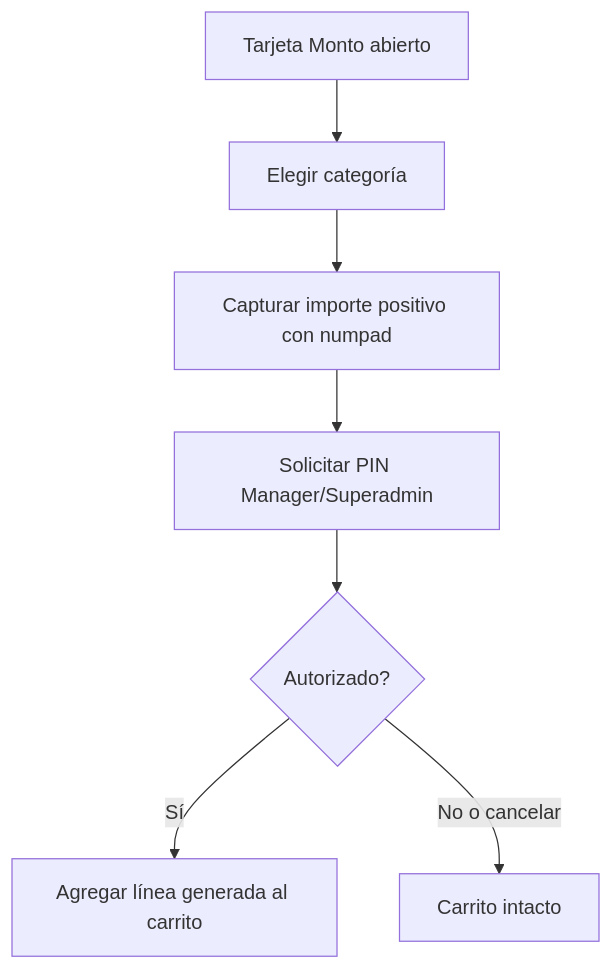
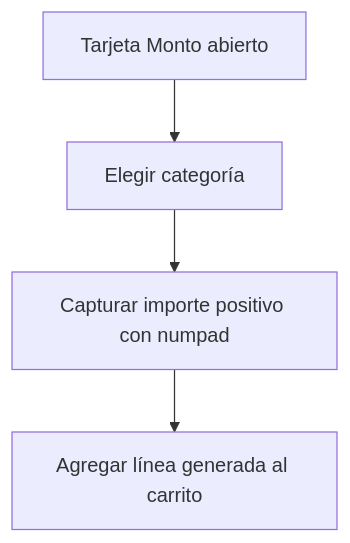
The fifth of 5 diagrams in mobile/pos/docs/workflows/02-venta-y-pagos.md (alexistrejo11/pimienta-alimentos), drawn with Mermaid before and after one commit. The commit also changed other lines of this file and 73 other files, not shown here.

````diff
--- a/mobile/pos/docs/workflows/02-venta-y-pagos.md
+++ b/mobile/pos/docs/workflows/02-venta-y-pagos.md
@@ -136,9 +136,6 @@
 ```mermaid
 flowchart TD
     A[Tarjeta Monto abierto] --> B[Elegir categoría]
     B --> C[Capturar importe positivo con numpad]
-    C --> D[Solicitar PIN Manager/Superadmin]
-    D --> E{Autorizado?}
-    E -- Sí --> F[Agregar línea generada al carrito]
-    E -- No o cancelar --> G[Carrito intacto]
+    C --> D[Agregar línea generada al carrito]
 ```
````
